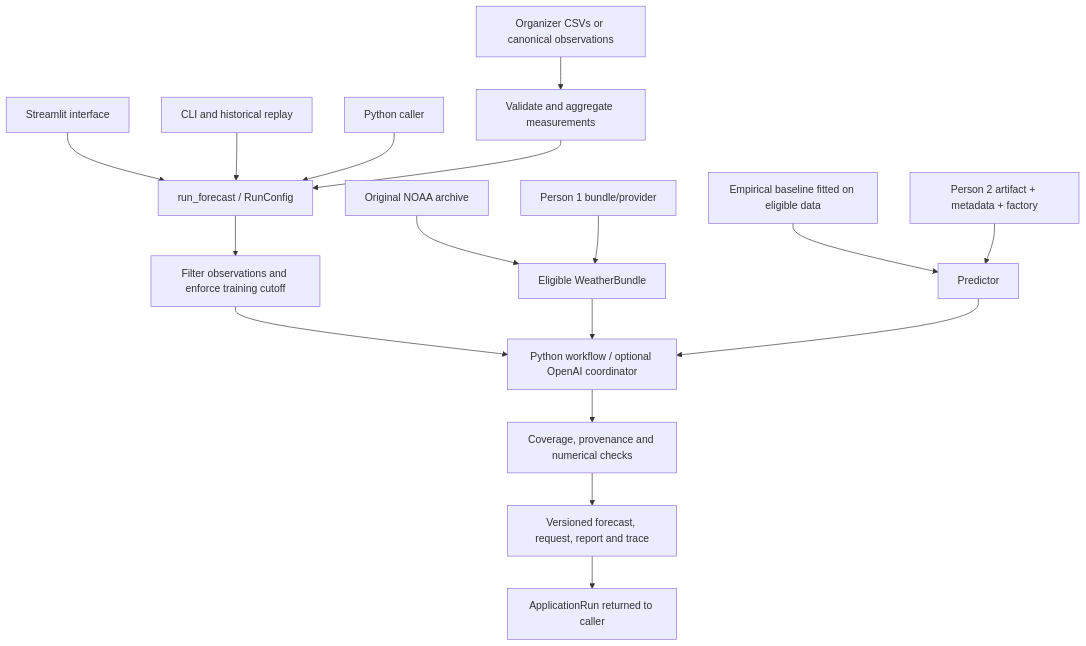
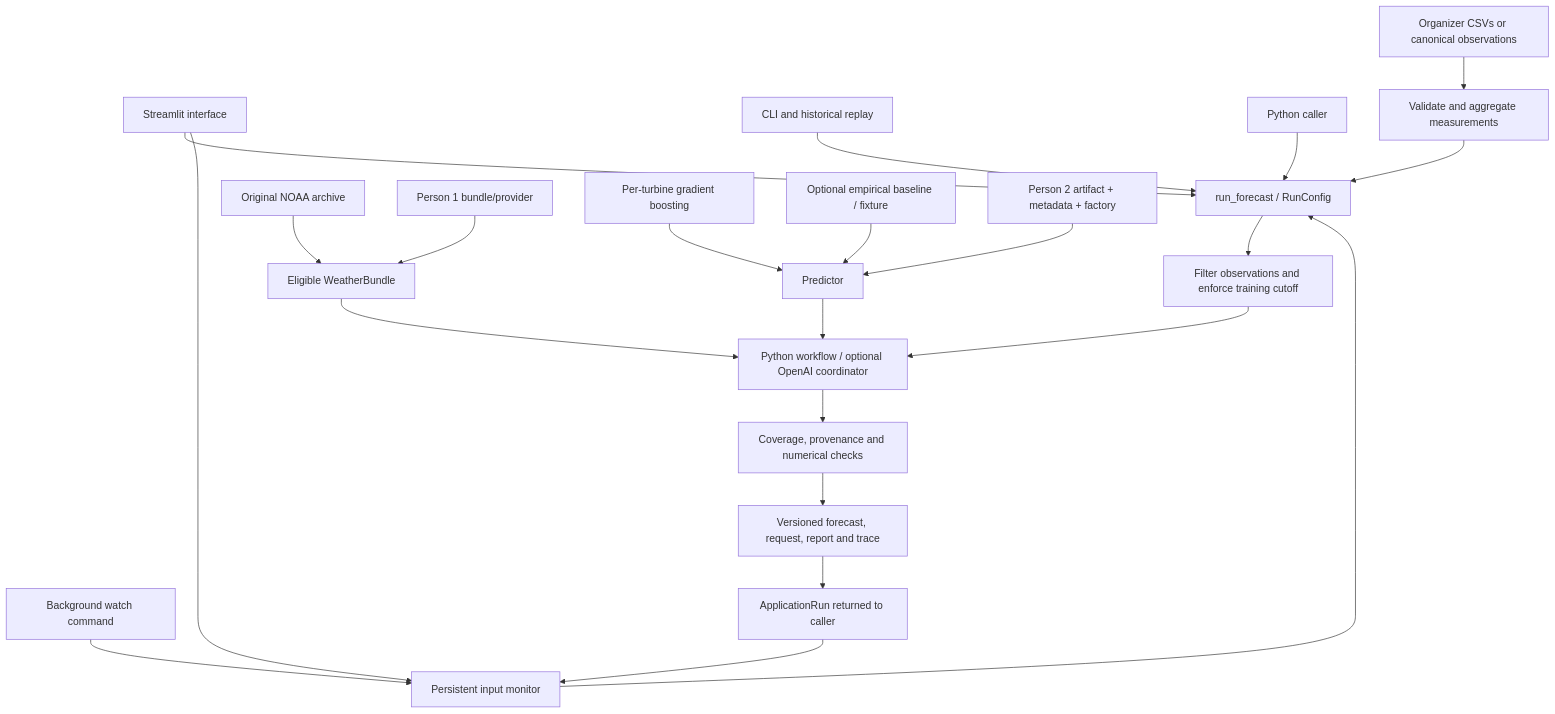
Before and after one commit to BAITC-Hacks/hack-79a39f16-imokazakhstan: the diagram in docs/architecture.md, drawn with Mermaid. The commit also changed other lines of this file and 29 other files, not shown here.

````diff
--- a/docs/architecture.md
+++ b/docs/architecture.md
@@ -8,19 +8,24 @@
 ```mermaid
 flowchart TD
     UI[Streamlit interface] --> Service[run_forecast / RunConfig]
     CLI[CLI and historical replay] --> Service
+    Monitor[Persistent input monitor] --> Service
+    UI --> Monitor
+    Watch[Background watch command] --> Monitor
     API[Python caller] --> Service
     CSV[Organizer CSVs or canonical observations] --> Adapter[Validate and aggregate measurements]
     Adapter --> Service
     Service --> Policy[Filter observations and enforce training cutoff]
     Policy --> Control[Python workflow / optional OpenAI coordinator]
     NOAA[Original NOAA archive] --> Weather[Eligible WeatherBundle]
     TeamWeather[Person 1 bundle/provider] --> Weather
     Weather --> Control
-    Baseline[Empirical baseline fitted on eligible data] --> Model[Predictor]
+    ML[Per-turbine gradient boosting] --> Model[Predictor]
+    Baseline[Optional empirical baseline / fixture] --> Model
     TeamModel[Person 2 artifact + metadata + factory] --> Model
     Model --> Control
     Control --> Checks[Coverage, provenance and numerical checks]
     Checks --> Artifacts[Versioned forecast, request, report and trace]
     Artifacts --> Result[ApplicationRun returned to caller]
+    Result --> Monitor
 ```
````
